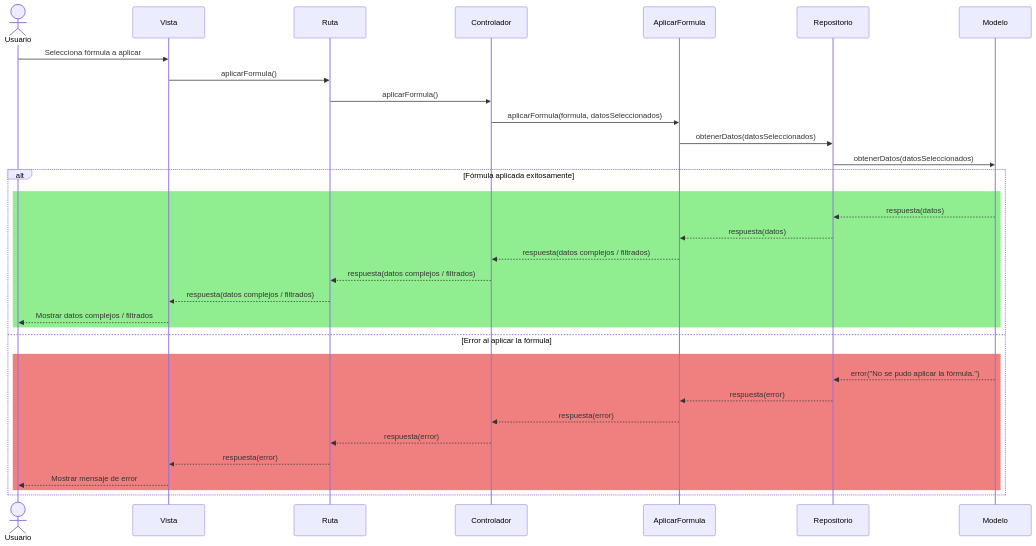
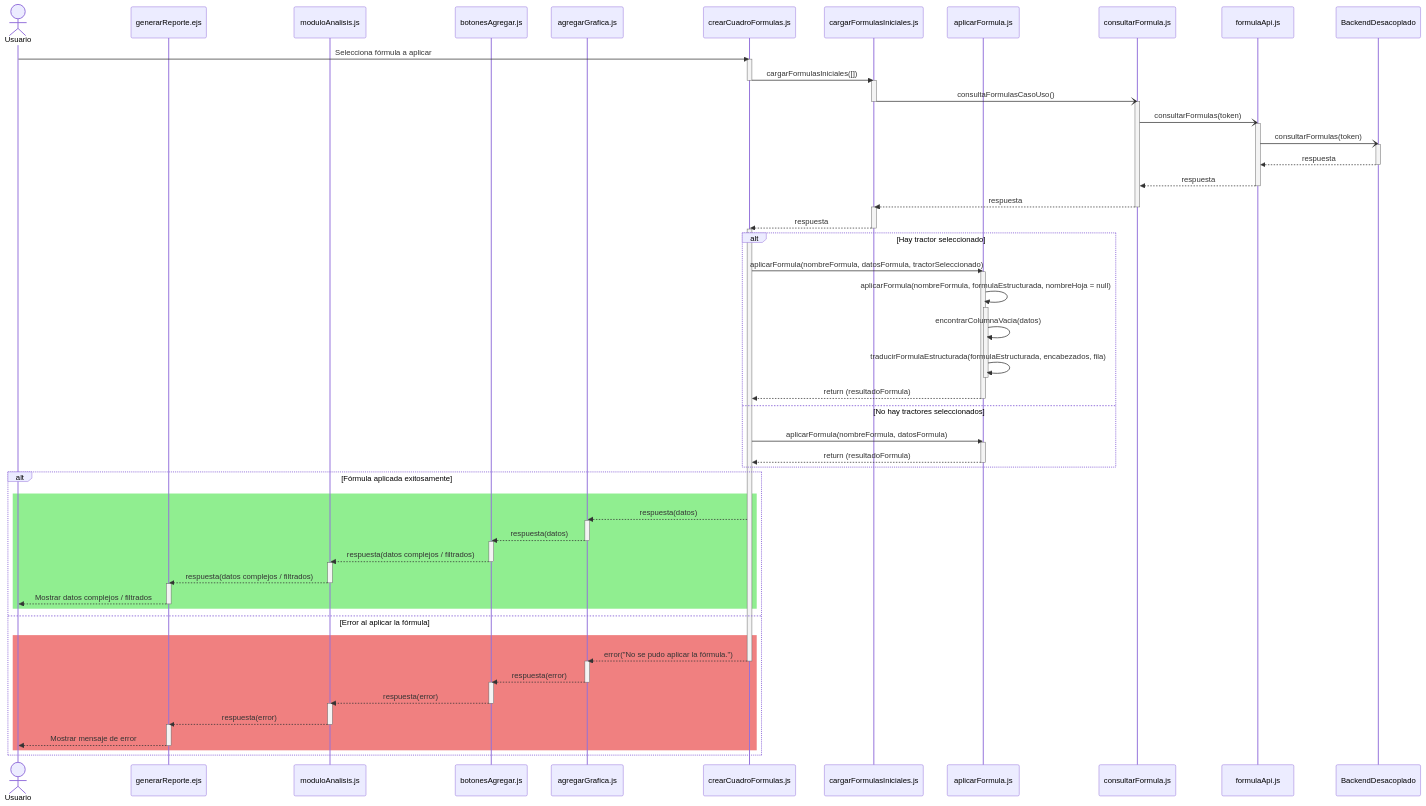
The diagram in documentation/docs/proyectos/tractores/documentacion/requisitos/RF27.md (CodeAnd-Co/Documentacion), drawn with Mermaid before and after one commit. The commit also changed other lines of this file, not shown here.

Commit message:
Corregir diagrama de secuencia RF27

````diff
--- a/documentation/docs/proyectos/tractores/documentacion/requisitos/RF27.md
+++ b/documentation/docs/proyectos/tractores/documentacion/requisitos/RF27.md
@@ -37,37 +38,86 @@
 ```mermaid
 sequenceDiagram
     actor Usuario
-    participant Vista
-    participant Ruta
-    participant Controlador
-    participant AplicarFormula
-    participant Repositorio
-    participant Modelo
+    participant Vista as generarReporte.ejs
+    participant utilAnalisis as moduloAnalisis.js
+    participant BotonesAgregar as botonesAgregar.js
+    participant Grafica as agregarGrafica.js
+    participant cuadroFormulas as crearCuadroFormulas.js
+    participant formulasIniciales as cargarFormulasIniciales.js
+    participant AplicarFormula as aplicarFormula.js
+    participant ConsultarFormula as consultarFormula.js
+    participant FormulaAPI as formulaApi.js
+    participant server as BackendDesacoplado
 
     %% Aplicación de fórmula
-    Usuario ->> Vista: Selecciona fórmula a aplicar
-    Vista ->> Ruta: aplicarFormula()
-    Ruta ->> Controlador: aplicarFormula()
-    Controlador ->> AplicarFormula: aplicarFormula(formula, datosSeleccionados)
-    AplicarFormula ->> Repositorio: obtenerDatos(datosSeleccionados)
-    Repositorio ->> Modelo: obtenerDatos(datosSeleccionados)
+    Usuario ->> cuadroFormulas: Selecciona fórmula a aplicar
+    activate cuadroFormulas
+    cuadroFormulas ->> formulasIniciales: cargarFormulasIniciales([])
+    deactivate cuadroFormulas
+    activate formulasIniciales
+    formulasIniciales -) ConsultarFormula: consultaFormulasCasoUso()
+    deactivate formulasIniciales
+    activate ConsultarFormula
+    ConsultarFormula -) FormulaAPI: consultarFormulas(token)
+    activate FormulaAPI
+    FormulaAPI -) server: consultarFormulas(token)
+    activate server
+    server -->> FormulaAPI: respuesta
+    deactivate server
+    FormulaAPI -->> ConsultarFormula: respuesta
+    deactivate FormulaAPI
+    ConsultarFormula -->> formulasIniciales: respuesta
+    deactivate ConsultarFormula
+    activate formulasIniciales
+    formulasIniciales -->> cuadroFormulas: respuesta
+    deactivate formulasIniciales
+    activate cuadroFormulas
+    alt Hay tractor seleccionado
+        cuadroFormulas ->> AplicarFormula: aplicarFormula(nombreFormula, datosFormula, tractorSeleccionado)
+        activate AplicarFormula
+            AplicarFormula ->>+ AplicarFormula: aplicarFormula(nombreFormula, formulaEstructurada, nombreHoja = null)
+            AplicarFormula ->> AplicarFormula: encontrarColumnaVacia(datos)
+            AplicarFormula ->>- AplicarFormula: traducirFormulaEstructurada(formulaEstructurada, encabezados, fila)
+            AplicarFormula -->> cuadroFormulas: return (resultadoFormula)
+        deactivate AplicarFormula
+    else No hay tractores seleccionados
+        cuadroFormulas ->> AplicarFormula: aplicarFormula(nombreFormula, datosFormula)
+        activate AplicarFormula
+        AplicarFormula -->> cuadroFormulas: return (resultadoFormula)
+        deactivate AplicarFormula
+    end
     alt Fórmula aplicada exitosamente
         rect Lightgreen
-        Modelo -->> Repositorio: respuesta(datos)
-        Repositorio -->> AplicarFormula: respuesta(datos)
-        AplicarFormula -->> Controlador: respuesta(datos complejos / filtrados)
-        Controlador -->> Ruta: respuesta(datos complejos / filtrados)
-        Ruta -->> Vista: respuesta(datos complejos / filtrados)
+        cuadroFormulas -->> Grafica: respuesta(datos)
+        activate Grafica
+        Grafica -->> BotonesAgregar: respuesta(datos)
+        deactivate Grafica
+        activate BotonesAgregar
+        BotonesAgregar -->> utilAnalisis: respuesta(datos complejos / filtrados)
+        deactivate BotonesAgregar
+        activate utilAnalisis
+        utilAnalisis -->> Vista: respuesta(datos complejos / filtrados)
+        deactivate utilAnalisis
+        activate Vista
         Vista -->> Usuario: Mostrar datos complejos / filtrados
+        deactivate Vista
         end
     else Error al aplicar la fórmula
         rect Lightcoral
-        Modelo -->> Repositorio: error("No se pudo aplicar la fórmula.")
-        Repositorio -->> AplicarFormula: respuesta(error)
-        AplicarFormula -->> Controlador: respuesta(error)
-        Controlador -->> Ruta: respuesta(error)
-        Ruta -->> Vista: respuesta(error)
+        cuadroFormulas -->> Grafica: error("No se pudo aplicar la fórmula.")
+        deactivate cuadroFormulas
+        activate Grafica
+        Grafica -->> BotonesAgregar: respuesta(error)
+        deactivate Grafica
+        activate BotonesAgregar
+        BotonesAgregar -->> utilAnalisis: respuesta(error)
+        deactivate BotonesAgregar
+        activate utilAnalisis
+        utilAnalisis -->> Vista: respuesta(error)
+        deactivate utilAnalisis
+        activate Vista
         Vista -->> Usuario: Mostrar mensaje de error
+        deactivate Vista
         end
     end
 
````
